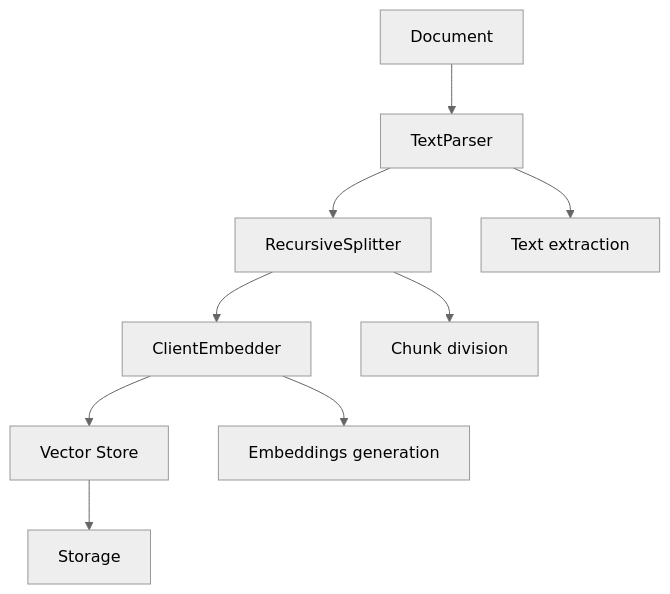
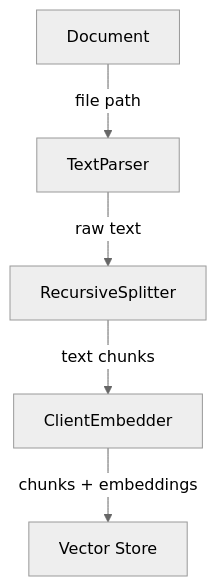
The first of 3 diagrams in DatapizzAI/PizzAI/Pipeline/README_PIPELINE_GUIDE_EV.md (Rkomi98/Datapizza), drawn with Mermaid (neutral theme) before and after one commit. The commit also changed other lines of this file and 3 other files, not shown here.

````diff
--- a/DatapizzAI/PizzAI/Pipeline/README_PIPELINE_GUIDE_EV.md
+++ b/DatapizzAI/PizzAI/Pipeline/README_PIPELINE_GUIDE_EV.md
@@ -78,12 +104,7 @@
 ```mermaid
 graph TD
-    A[Document] --> B[TextParser]
-    B --> C[RecursiveSplitter]
-    C --> D[ClientEmbedder]
-    D --> E[Vector Store]
-    
-    B --> F[Text extraction]
-    C --> G[Chunk division]
-    D --> H[Embeddings generation]
-    E --> I[Storage]
+    A[Document] -->|file path| B[TextParser]
+    B -->|raw text| C[RecursiveSplitter]
+    C -->|text chunks| D[ClientEmbedder]
+    D -->|chunks + embeddings| E[Vector Store]
 ```
````
